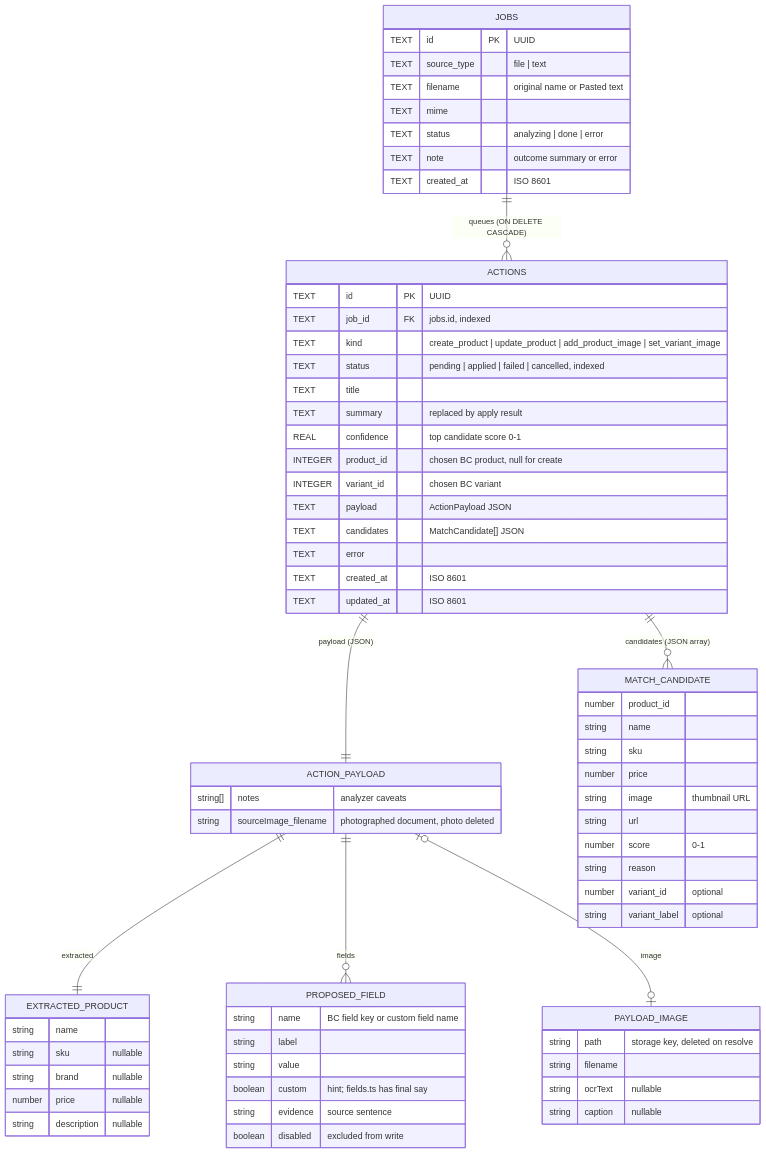
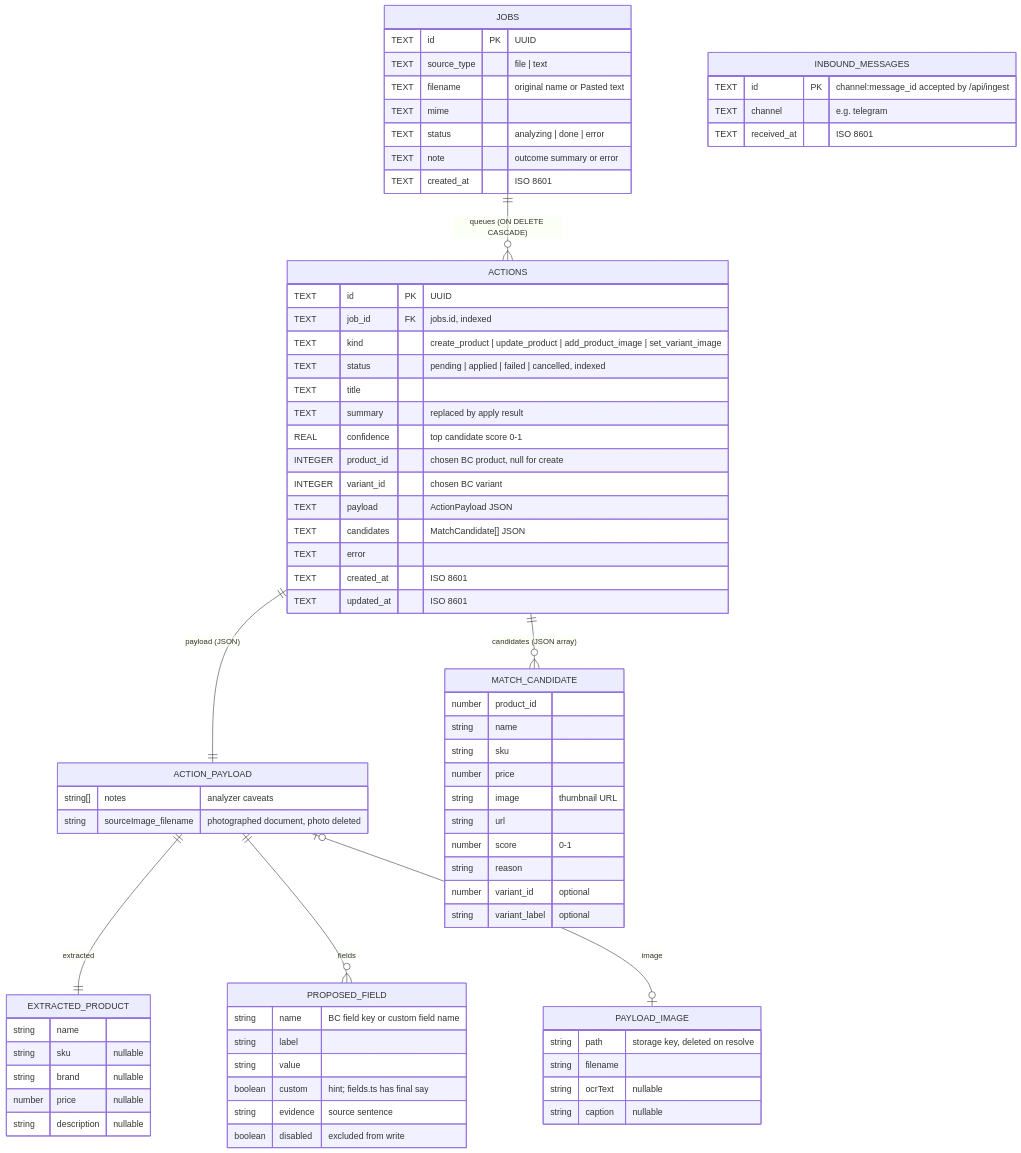
The diagram in docs/diagrams/schema.mmd (rezakalfane/product-enricher), drawn with Mermaid before and after one commit. The commit also changed 14 other files, not shown here.

```diff
--- a/docs/diagrams/schema.mmd
+++ b/docs/diagrams/schema.mmd
@@ -1,78 +1,84 @@
 %% Product Enricher — database schema (src/lib/db.ts) and the JSON stored in actions.payload / actions.candidates.
 %% Render with: npm run docs:diagrams
 erDiagram
     JOBS ||--o{ ACTIONS : "queues (ON DELETE CASCADE)"
     ACTIONS ||--|| ACTION_PAYLOAD : "payload (JSON)"
     ACTIONS ||--o{ MATCH_CANDIDATE : "candidates (JSON array)"
     ACTION_PAYLOAD ||--|| EXTRACTED_PRODUCT : "extracted"
     ACTION_PAYLOAD ||--o{ PROPOSED_FIELD : "fields"
     ACTION_PAYLOAD |o--o| PAYLOAD_IMAGE : "image"
+
+    INBOUND_MESSAGES {
+        TEXT id PK "channel:message_id accepted by /api/ingest"
+        TEXT channel "e.g. telegram"
+        TEXT received_at "ISO 8601"
+    }
 
     JOBS {
         TEXT id PK "UUID"
         TEXT source_type "file | text"
         TEXT filename "original name or Pasted text"
         TEXT mime
         TEXT status "analyzing | done | error"
         TEXT note "outcome summary or error"
         TEXT created_at "ISO 8601"
     }
 
     ACTIONS {
         TEXT id PK "UUID"
         TEXT job_id FK "jobs.id, indexed"
         TEXT kind "create_product | update_product | add_product_image | set_variant_image"
         TEXT status "pending | applied | failed | cancelled, indexed"
         TEXT title
         TEXT summary "replaced by apply result"
         REAL confidence "top candidate score 0-1"
         INTEGER product_id "chosen BC product, null for create"
         INTEGER variant_id "chosen BC variant"
         TEXT payload "ActionPayload JSON"
         TEXT candidates "MatchCandidate[] JSON"
         TEXT error
         TEXT created_at "ISO 8601"
         TEXT updated_at "ISO 8601"
     }
 
     ACTION_PAYLOAD {
         string[] notes "analyzer caveats"
         string sourceImage_filename "photographed document, photo deleted"
     }
 
     EXTRACTED_PRODUCT {
         string name
         string sku "nullable"
         string brand "nullable"
         number price "nullable"
         string description "nullable"
     }
 
     PROPOSED_FIELD {
         string name "BC field key or custom field name"
         string label
         string value
         boolean custom "hint; fields.ts has final say"
         string evidence "source sentence"
         boolean disabled "excluded from write"
     }
 
     PAYLOAD_IMAGE {
         string path "storage key, deleted on resolve"
         string filename
         string ocrText "nullable"
         string caption "nullable"
     }
 
     MATCH_CANDIDATE {
         number product_id
         string name
         string sku
         number price
         string image "thumbnail URL"
         string url
         number score "0-1"
         string reason
         number variant_id "optional"
         string variant_label "optional"
     }
```
